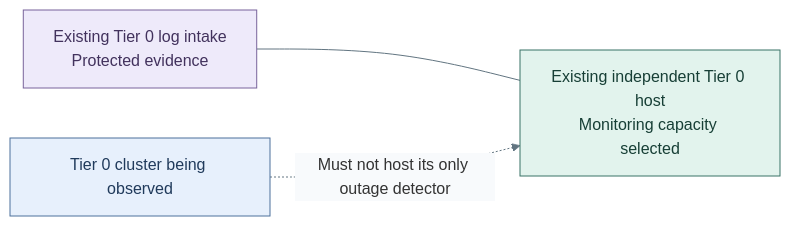
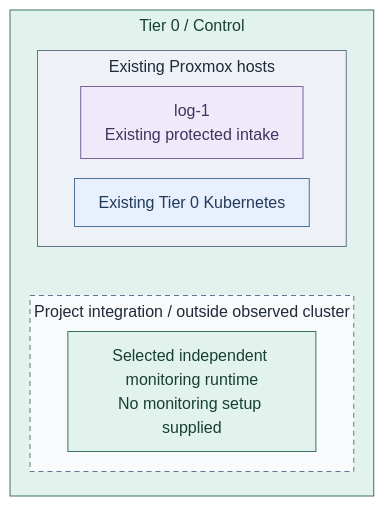
The first of 3 diagrams in docs/deployment/stage-4-control-services/monitoring.md (Rexus/homelab), drawn with Mermaid before and after one commit. The commit also changed other lines of this file and 60 other files, not shown here.

Commit message:
docs(diagrams): align architecture and deployment views with IaC

````diff
--- a/docs/deployment/stage-4-control-services/monitoring.md
+++ b/docs/deployment/stage-4-control-services/monitoring.md
@@ -23,13 +23,25 @@
 ```mermaid
-%%{init: {"theme":"base","themeVariables":{"lineColor":"#627581","edgeLabelBackground":"#f8fafc"}}}%%
+%%{init: {"theme":"base","flowchart":{"nodeSpacing":20,"rankSpacing":24,"padding":12,"subGraphTitleMargin":{"top":4,"bottom":12}},"themeVariables":{"lineColor":"#627581","edgeLabelBackground":"#f8fafc"}}}%%
 flowchart LR
-  Existing["Existing Tier 0 log intake<br/>Protected evidence"] --- Host["Existing independent Tier 0 host<br/>Monitoring capacity selected"]
-  Cluster["Tier 0 cluster being observed"] -. Must not host its only outage detector .-> Host
+  subgraph T0["Tier 0 / Control"]
+    subgraph PVE["Existing Proxmox hosts"]
+      Existing["log-1<br/>Existing protected intake"]
+      Cluster["Existing Tier 0 Kubernetes"]
+    end
+    subgraph Project["Project integration / outside observed cluster"]
+      Host["Selected independent monitoring runtime<br/>No monitoring setup supplied"]
+    end
+    PVE ~~~ Project
+  end
   classDef default fill:#f8fafc,stroke:#64748b,color:#1f2937
   classDef data fill:#eeeafa,stroke:#78639b,color:#42325d
   classDef control fill:#e2f3ed,stroke:#397366,color:#173f36
   classDef services fill:#e7f0fc,stroke:#4d719b,color:#203a5b
+  classDef boundary fill:#eef2f6,stroke:#64748b,color:#1f2937
+  classDef replicas fill:#f8fafc,stroke:#64748b,color:#1f2937,stroke-dasharray:5 4
   class Existing data
-  class Host control
+  class T0,Host control
   class Cluster services
+  class PVE boundary
+  class Project replicas
 ```
````
